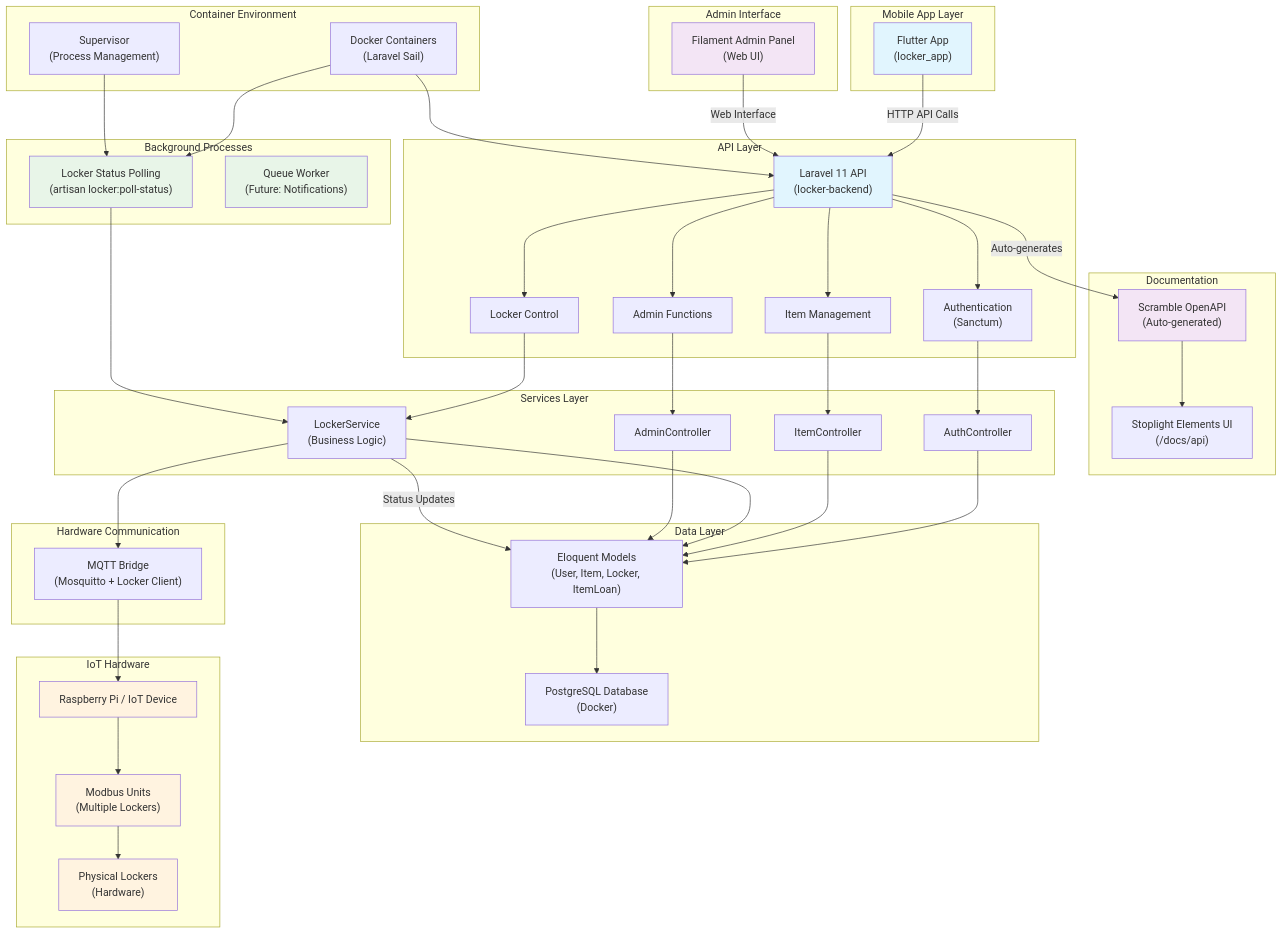
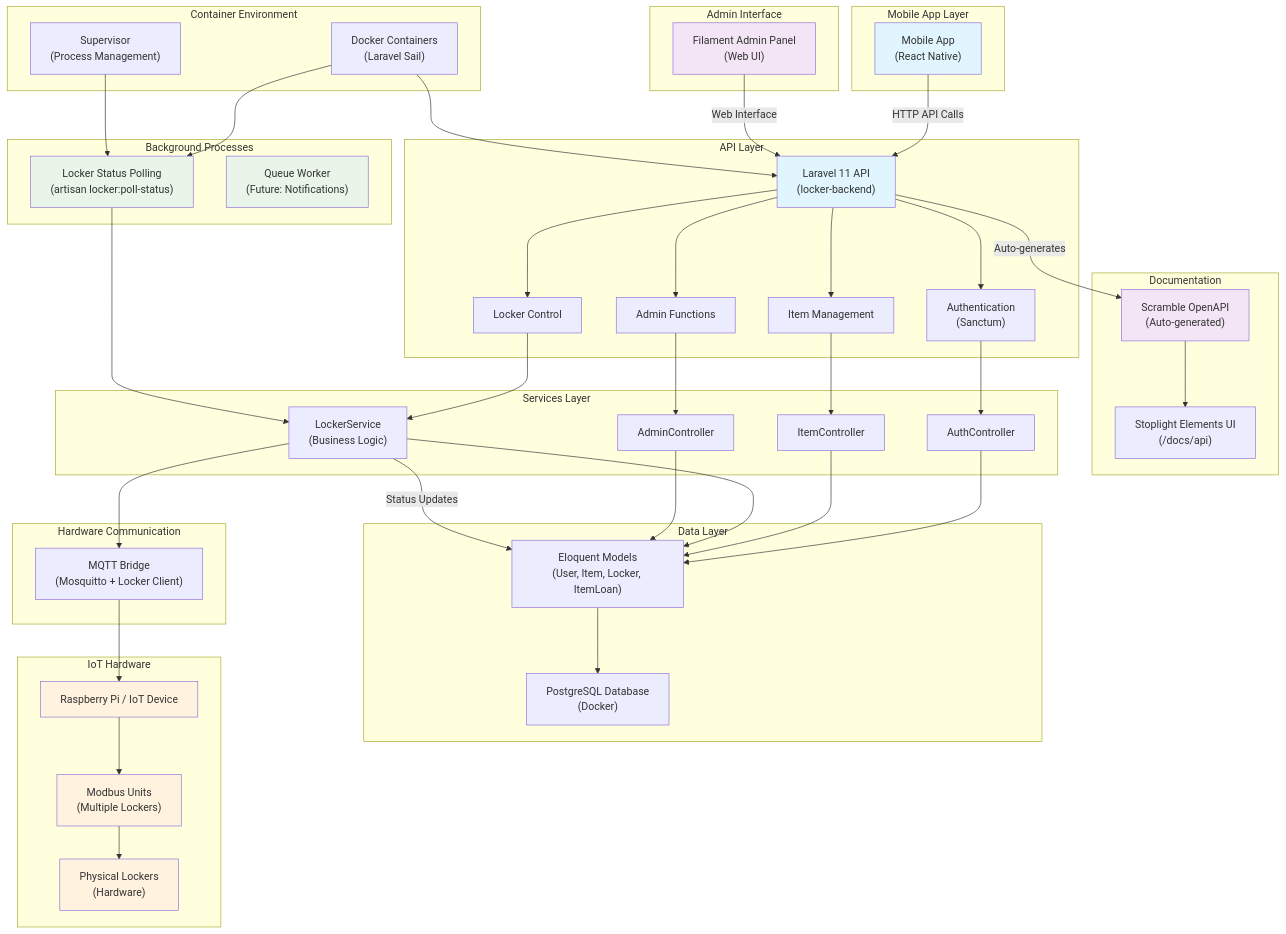
The diagram in docs/Architecture.md (Open-Locker/Open-Locker), drawn with Mermaid before and after one commit. The commit also changed other lines of this file, not shown here.

First line of the commit message:
refactor(docs): update architecture documentation to reflect frontend rewrite in React Native

````diff
--- a/docs/Architecture.md
+++ b/docs/Architecture.md
@@ -16,7 +16,7 @@
 ```mermaid
 graph TB
     subgraph "Mobile App Layer"
-        FlutterApp["Flutter App<br/>(locker_app)"]
+        FlutterApp["Mobile App<br/>(React Native)"]
     end
     
     subgraph "API Layer"
````
